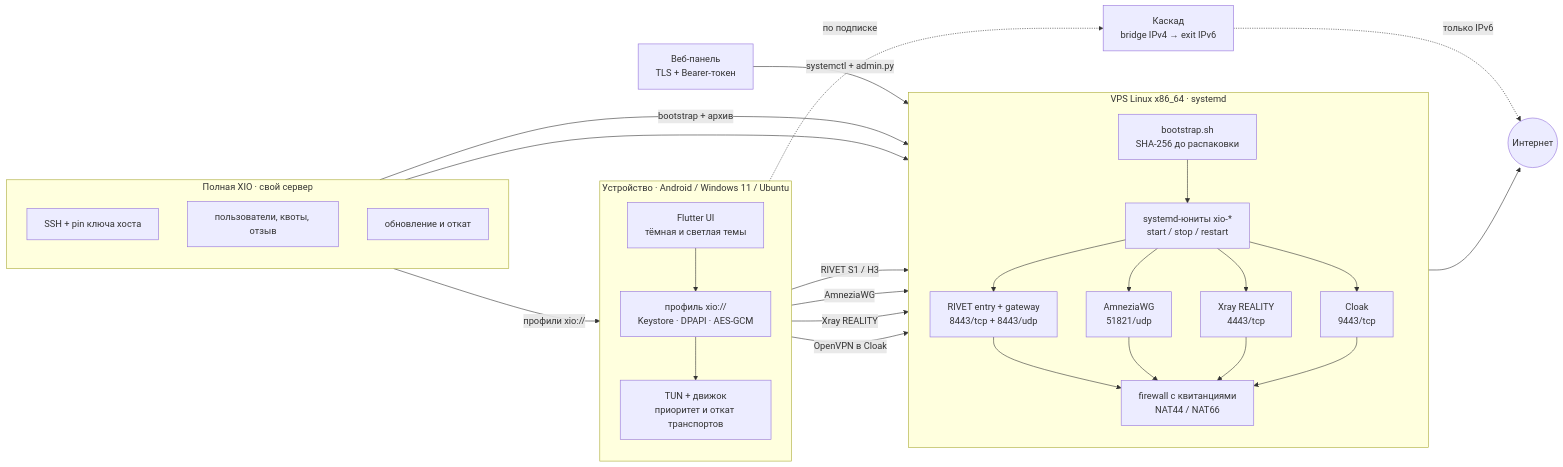
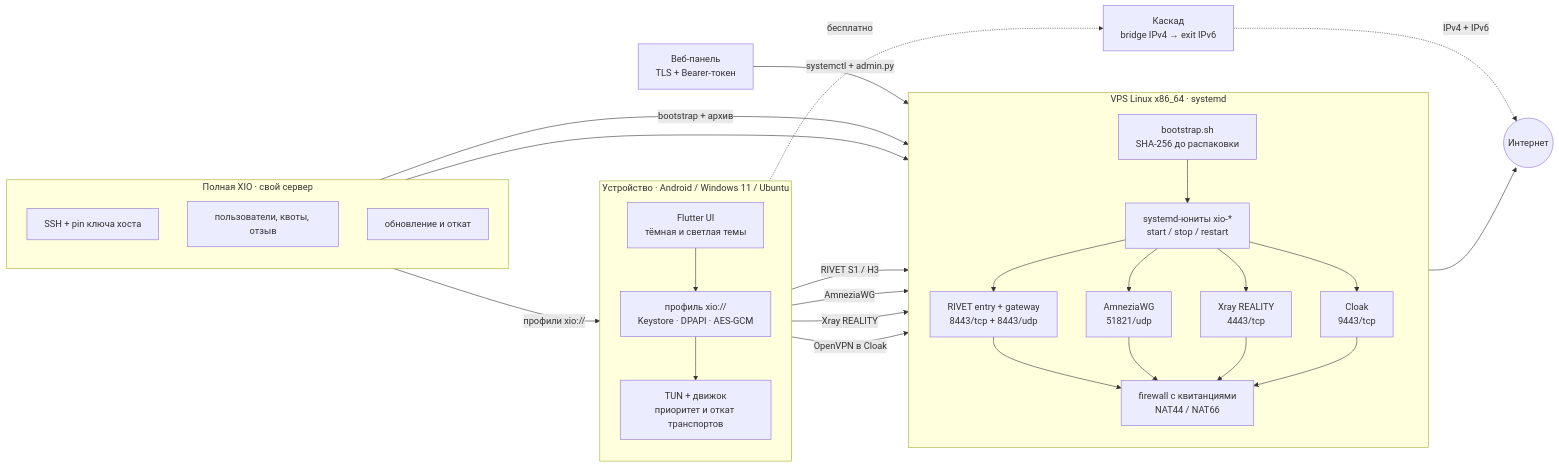
The first of 4 diagrams in README.ru.md (rukazax/xio_vpn), drawn with Mermaid before and after one commit. The commit also changed other lines of this file and 7 other files, not shown here.

````diff
--- a/README.ru.md
+++ b/README.ru.md
@@ -105,57 +105,57 @@
 ```mermaid
 flowchart LR
   subgraph DEV["Устройство · Android / Windows 11 / Ubuntu"]
     direction TB
     UI["Flutter UI<br/>тёмная и светлая темы"]
     PROF["профиль xio://<br/>Keystore · DPAPI · AES-GCM"]
     ENG["TUN + движок<br/>приоритет и откат транспортов"]
   end
 
   subgraph FULL["Полная XIO · свой сервер"]
     direction TB
     SSH["SSH + pin ключа хоста"]
     USERS["пользователи, квоты, отзыв"]
     UPD["обновление и откат"]
   end
 
   subgraph VPS["VPS Linux x86_64 · systemd"]
     direction TB
     BOOT["bootstrap.sh<br/>SHA-256 до распаковки"]
     UNITS["systemd-юниты xio-*<br/>start / stop / restart"]
     RIVET["RIVET entry + gateway<br/>8443/tcp + 8443/udp"]
     AWG["AmneziaWG<br/>51821/udp"]
     XRAY["Xray REALITY<br/>4443/tcp"]
     CLOAK["Cloak<br/>9443/tcp"]
     FW["firewall с квитанциями<br/>NAT44 / NAT66"]
   end
 
   NET(("Интернет"))
   CASCADE["Каскад<br/>bridge IPv4 → exit IPv6"]
   WEB["Веб-панель<br/>TLS + Bearer-токен"]
 
   UI --> PROF
   PROF --> ENG
   ENG -->|"RIVET S1 / H3"| RIVET
   ENG -->|"AmneziaWG"| AWG
   ENG -->|"Xray REALITY"| XRAY
   ENG -->|"OpenVPN в Cloak"| CLOAK
 
   SSH -->|"bootstrap + архив"| BOOT
   BOOT --> UNITS
   UNITS --> RIVET
   UNITS --> AWG
   UNITS --> XRAY
   UNITS --> CLOAK
   USERS -->|"профили xio://"| PROF
   UPD --> BOOT
 
   RIVET --> FW
   AWG --> FW
   XRAY --> FW
   CLOAK --> FW
   FW --> NET
 
-  ENG -.->|"по подписке"| CASCADE
-  CASCADE -.->|"только IPv6"| NET
+  ENG -.->|"бесплатно"| CASCADE
+  CASCADE -.->|"IPv4 + IPv6"| NET
   WEB -->|"systemctl + admin.py"| UNITS
 ```
````
